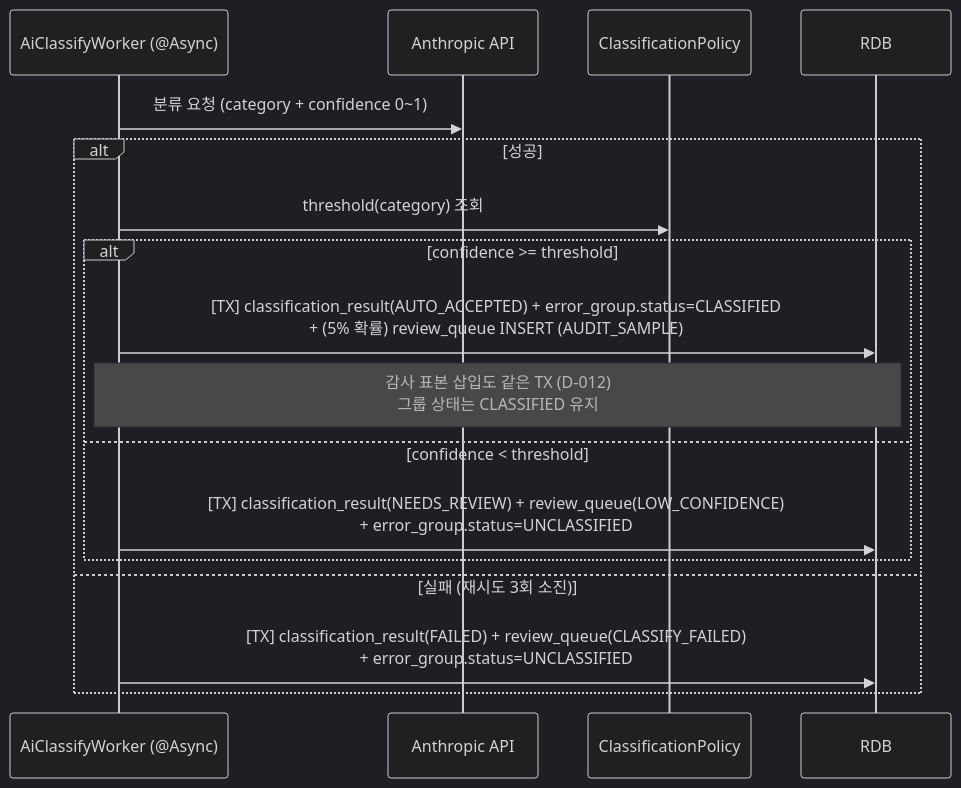
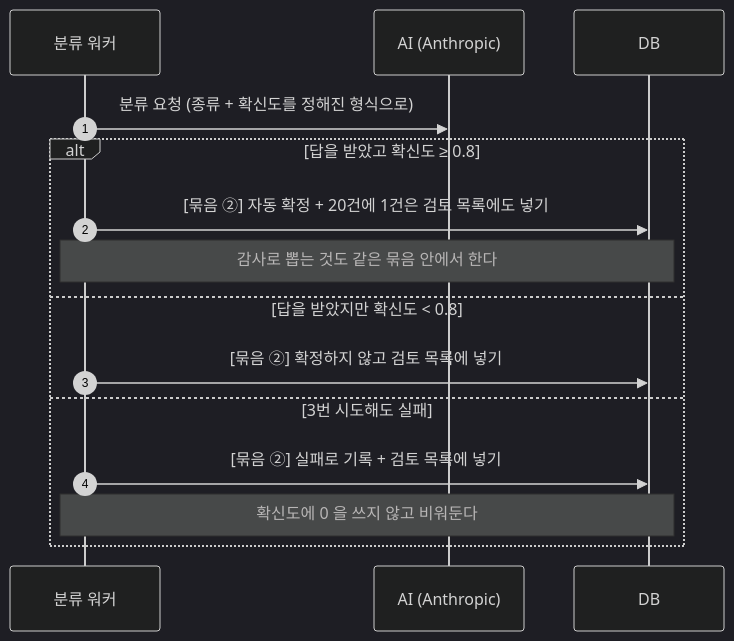
The second of 3 diagrams in PRD.md (GaeChwiRpg/dingco-1-team-01), drawn with Mermaid (dark theme) before and after one commit. The commit also changed other lines of this file and 48 other files, not shown here.

````diff
--- a/PRD.md
+++ b/PRD.md
@@ -182,21 +271,19 @@
 ```mermaid
 sequenceDiagram
-    participant W as AiClassifyWorker (@Async)
-    participant AI as Anthropic API
-    participant P as ClassificationPolicy
-    participant DB as RDB
+    autonumber
+    participant W as 분류 워커
+    participant AI as AI (Anthropic)
+    participant DB
 
-    W->>AI: 분류 요청 (category + confidence 0~1)
+    W->>AI: 분류 요청 (종류 + 확신도를 정해진 형식으로)
 
-    alt 성공
-        W->>P: threshold(category) 조회
-        alt confidence >= threshold
-            W->>DB: [TX] classification_result(AUTO_ACCEPTED) + error_group.status=CLASSIFIED<br/>+ (5% 확률) review_queue INSERT (AUDIT_SAMPLE)
-            Note over W,DB: 감사 표본 삽입도 같은 TX (D-012)<br/>그룹 상태는 CLASSIFIED 유지
-        else confidence < threshold
-            W->>DB: [TX] classification_result(NEEDS_REVIEW) + review_queue(LOW_CONFIDENCE)<br/>+ error_group.status=UNCLASSIFIED
-        end
-    else 실패 (재시도 3회 소진)
-        W->>DB: [TX] classification_result(FAILED) + review_queue(CLASSIFY_FAILED)<br/>+ error_group.status=UNCLASSIFIED
+    alt 답을 받았고 확신도 ≥ 0.8
+        W->>DB: [묶음 ②] 자동 확정 + 20건에 1건은 검토 목록에도 넣기
+        Note over W,DB: 감사로 뽑는 것도 같은 묶음 안에서 한다
+    else 답을 받았지만 확신도 < 0.8
+        W->>DB: [묶음 ②] 확정하지 않고 검토 목록에 넣기
+    else 3번 시도해도 실패
+        W->>DB: [묶음 ②] 실패로 기록 + 검토 목록에 넣기
+        Note over W,DB: 확신도에 0 을 쓰지 않고 비워둔다
     end
 ```
````
